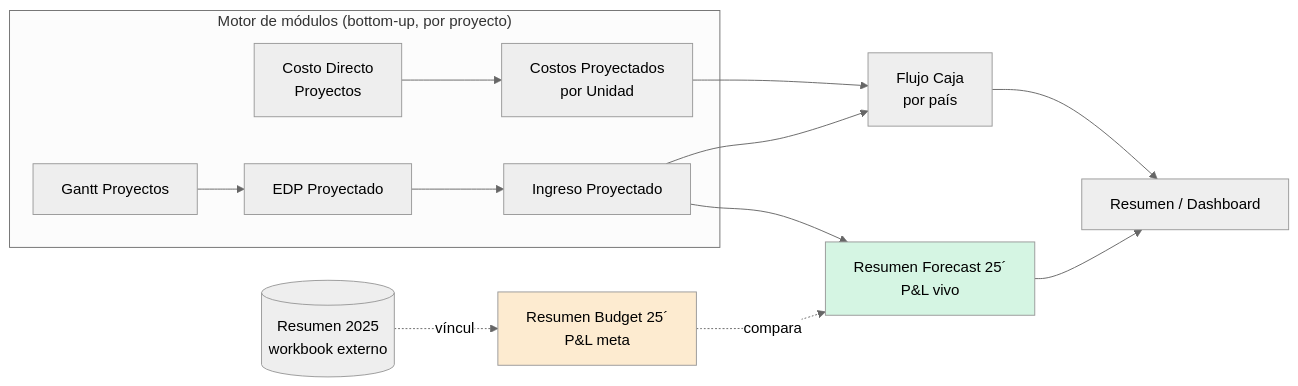
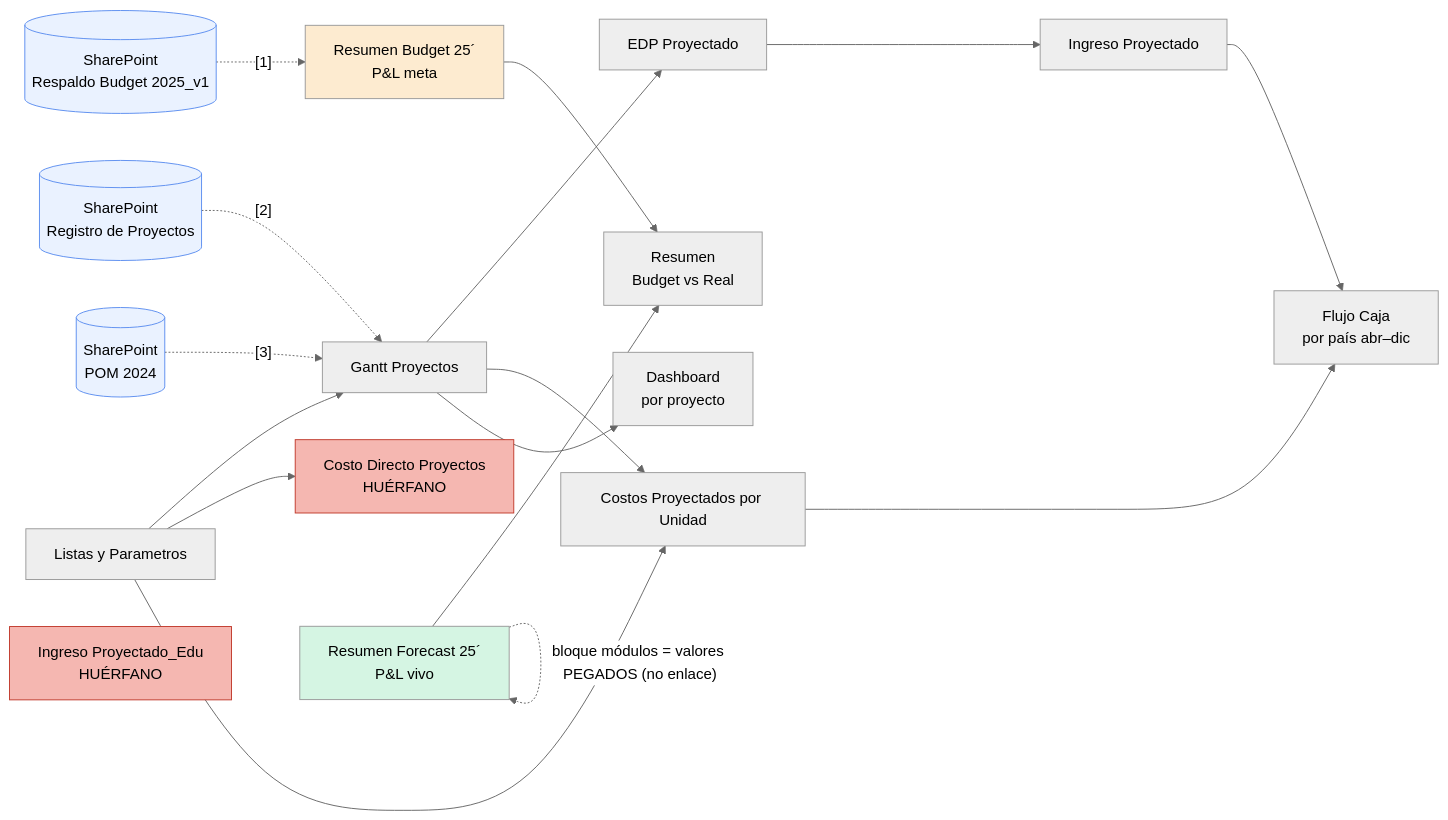
The first of 2 diagrams in pilar_a/data/Archivos 2025/REPORTE_Modelo_Presupuesto_2025.md (dcuerom/redco_proyect), drawn with Mermaid (neutral theme) before and after one commit. The commit also changed other lines of this file and 10 other files, not shown here.

````diff
--- a/pilar_a/data/Archivos 2025/REPORTE_Modelo_Presupuesto_2025.md
+++ b/pilar_a/data/Archivos 2025/REPORTE_Modelo_Presupuesto_2025.md
@@ -26,17 +51,33 @@
 ```mermaid
 flowchart LR
-    subgraph Motor["Motor de módulos (bottom-up, por proyecto)"]
-        CD[Costo Directo<br/>Proyectos] --> CU[Costos Proyectados<br/>por Unidad]
-        EDPp[EDP Proyectado] --> IP[Ingreso Proyectado]
-        G[Gantt Proyectos] --> EDPp
-    end
-    IP --> FC[Flujo Caja<br/>por país]
-    IP --> FOR[Resumen Forecast 25´<br/>P&L vivo]
-    CU --> FC
-    EXT[(Resumen 2025<br/>workbook externo)] -.vínculo.-> BUD[Resumen Budget 25´<br/>P&L meta]
-    BUD -. compara .-> FOR
-    FOR --> DASH[Resumen / Dashboard]
-    FC --> DASH
+    EXT1[(SharePoint<br/>Respaldo Budget 2025_v1)]:::ext
+    EXT2[(SharePoint<br/>Registro de Proyectos)]:::ext
+    EXT3[(SharePoint<br/>POM 2024)]:::ext
+    LIS[Listas y Parametros]
+    GANTT[Gantt Proyectos]
+    EDP[EDP Proyectado]
+    IP[Ingreso Proyectado]
+    IPE[Ingreso Proyectado_Edu<br/>HUÉRFANO]:::orphan
+    CD[Costo Directo Proyectos<br/>HUÉRFANO]:::orphan
+    CU[Costos Proyectados por Unidad]
+    FC[Flujo Caja<br/>por país abr–dic]
+    BUD[Resumen Budget 25´<br/>P&L meta]
+    FOR[Resumen Forecast 25´<br/>P&L vivo]
+    RES[Resumen<br/>Budget vs Real]
+    DASH[Dashboard<br/>por proyecto]
+
+    EXT1 -. "[1]" .-> BUD
+    EXT2 -. "[2]" .-> GANTT
+    EXT3 -. "[3]" .-> GANTT
+    LIS --> GANTT & CD & CU
+    GANTT --> EDP --> IP --> FC
+    GANTT --> CU --> FC
+    GANTT --> DASH
+    BUD --> RES
+    FOR --> RES
+    FOR -. "bloque módulos = valores PEGADOS (no enlace)" .-> FOR
+    classDef ext fill:#eaf2ff,stroke:#5b8def
+    classDef orphan fill:#f5b7b1,stroke:#c0392b
     style BUD fill:#fdebd0
     style FOR fill:#d5f5e3
 ```
````
